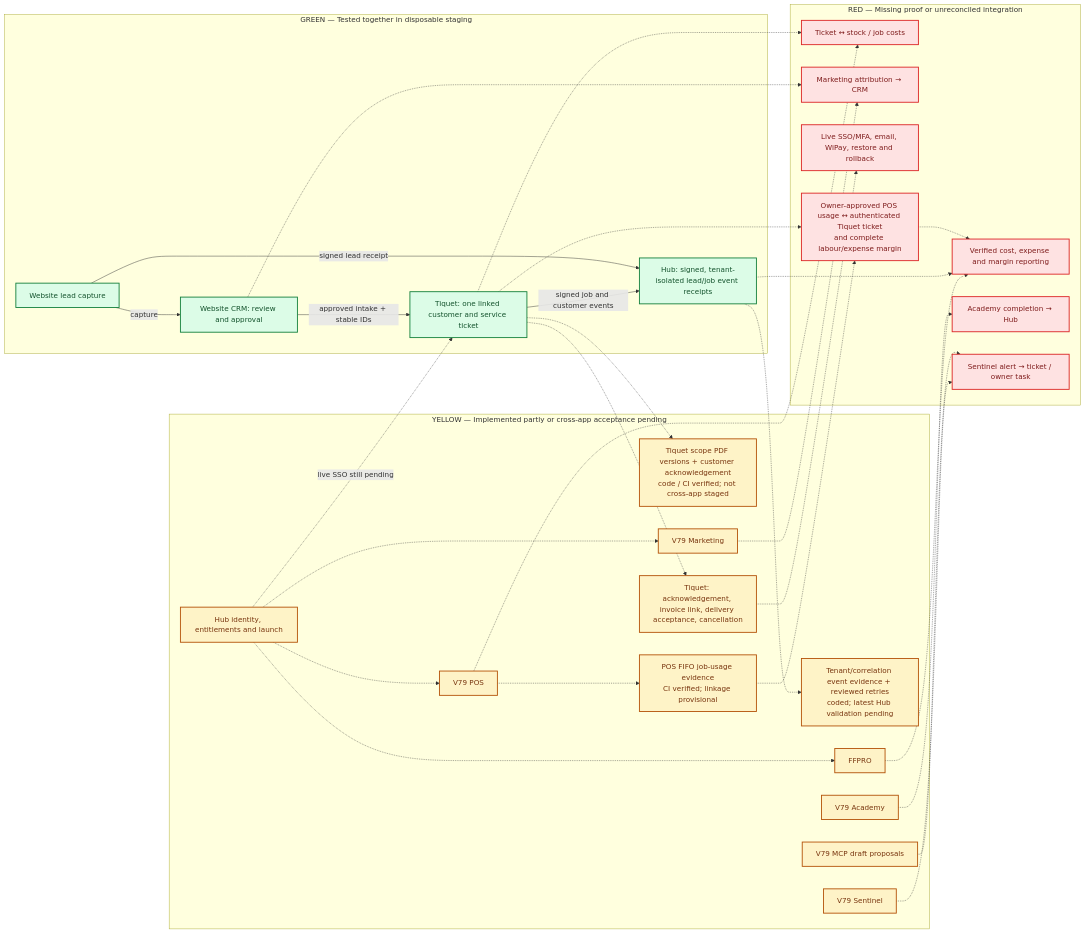
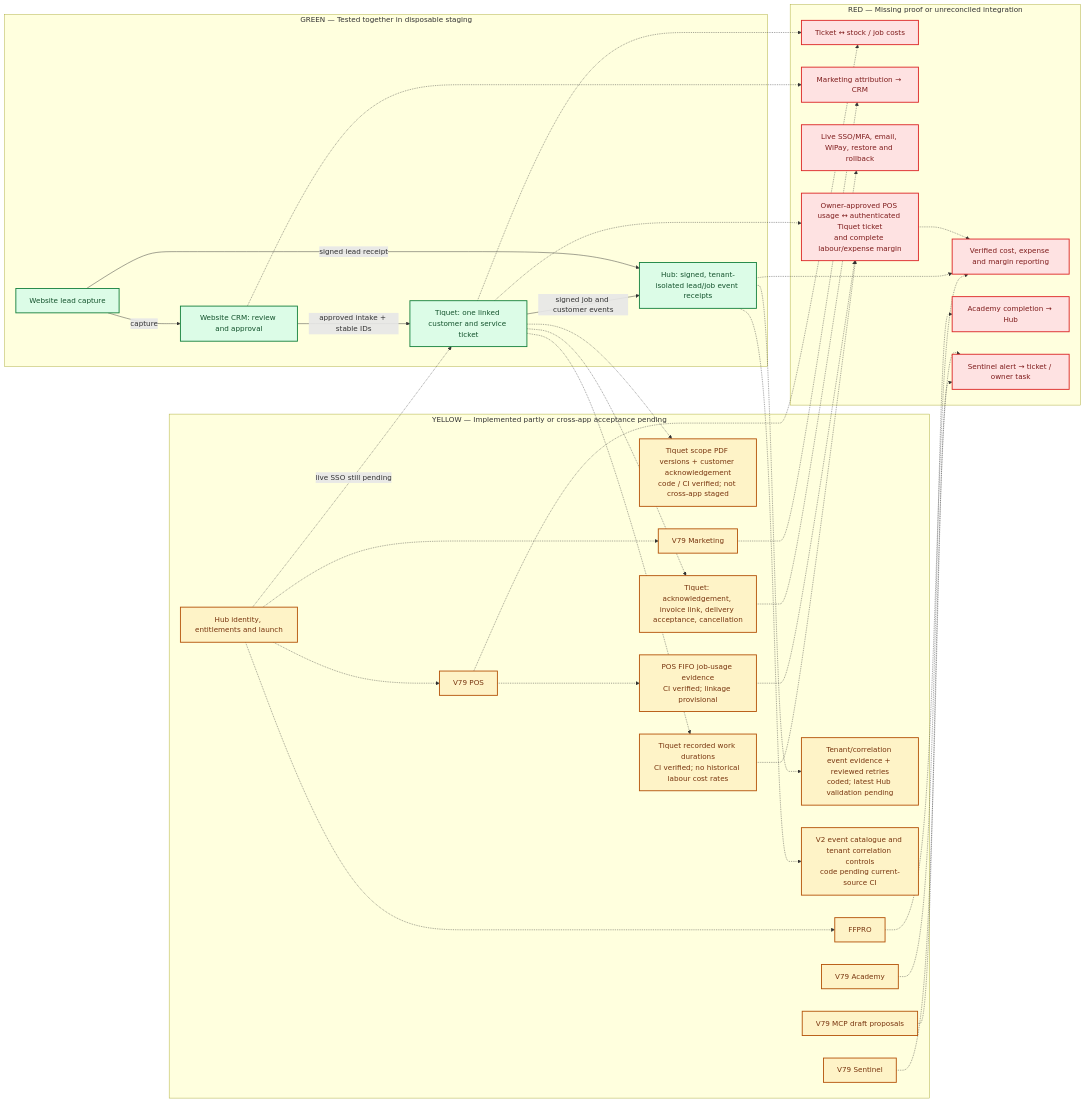
One commit to MrFixITslu/V79hub changed the diagram in docs/ECOSYSTEM_V2_ARCHITECTURE_STATUS.mmd. Above: the diagram before and after it, drawn with Mermaid.

Commit message:
docs: update evidence-coloured architecture with audited time and event contract states

```diff
--- a/docs/ECOSYSTEM_V2_ARCHITECTURE_STATUS.mmd
+++ b/docs/ECOSYSTEM_V2_ARCHITECTURE_STATUS.mmd
@@ -1,69 +1,74 @@
 flowchart LR
   %% V79 architecture evidence snapshot: 11 November 2026.
   %% GREEN means integration code proven in disposable CI. NOT live production.
   %% AMBER means app code / draft exists but its V2 release is unverified.
   %% RED means cross-app capability or release acceptance is outstanding.
   classDef green fill:#dcfce7,stroke:#15803d,color:#14532d,stroke-width:2px
   classDef amber fill:#fef3c7,stroke:#b45309,color:#78350f,stroke-width:2px
   classDef red fill:#fee2e2,stroke:#dc2626,color:#7f1d1d,stroke-width:2px
 
   subgraph VERIFIED["GREEN — Tested together in disposable staging"]
     WEB["Website lead capture"]
     CRM["Website CRM: review and approval"]
     TJ["Tiquet: one linked customer and service ticket"]
     HE["Hub: signed, tenant-isolated lead/job event receipts"]
     WEB -->|capture| CRM
     CRM -->|approved intake + stable IDs| TJ
     TJ -->|signed job and customer events| HE
     WEB -->|signed lead receipt| HE
   end
   class WEB,CRM,TJ,HE green
 
   subgraph PARTIAL["YELLOW — Implemented partly or cross-app acceptance pending"]
     HI["Hub identity, entitlements and launch"]
     TP["Tiquet: acknowledgement, invoice link, delivery acceptance, cancellation"]
     SCOPE["Tiquet scope PDF versions + customer acknowledgement<br/>code / CI verified; not cross-app staged"]
     EVIDENCE["Tenant/correlation event evidence + reviewed retries<br/>coded; latest Hub validation pending"]
     COSTREAD["POS FIFO job-usage evidence<br/>CI verified; linkage provisional"]
+    TIME["Tiquet recorded work durations<br/>CI verified; no historical labour cost rates"]
+    CONTRACT["V2 event catalogue and tenant correlation controls<br/>code pending current-source CI"]
 
     MK["V79 Marketing"]
     POS["V79 POS"]
     FF["FFPRO"]
     AC["V79 Academy"]
     SN["V79 Sentinel"]
     MCP["V79 MCP draft proposals"]
   end
-  class HI,TP,SCOPE,EVIDENCE,COSTREAD,MK,POS,FF,AC,SN,MCP amber
+  class HI,TP,SCOPE,EVIDENCE,COSTREAD,TIME,CONTRACT,MK,POS,FF,AC,SN,MCP amber
 
   subgraph OUT["RED — Missing proof or unreconciled integration"]
     STOCK["Ticket ↔ stock / job costs"]
     PROFIT["Verified cost, expense and margin reporting"]
     ATTR["Marketing attribution → CRM"]
     LEARN["Academy completion → Hub"]
     ALERT["Sentinel alert → ticket / owner task"]
     RELEASE["Live SSO/MFA, email, WiPay, restore and rollback"]
     LINKEDCOST["Owner-approved POS usage ↔ authenticated Tiquet ticket<br/>and complete labour/expense margin"]
   end
   class STOCK,PROFIT,ATTR,LEARN,ALERT,RELEASE,LINKEDCOST red
 
   HI -.->|live SSO still pending| TJ
   HI -.-> MK
   HI -.-> POS
   HI -.-> FF
   TJ -.-> TP
   TJ -.-> STOCK
   POS -.-> STOCK
   FF -.-> PROFIT
   HE -.-> PROFIT
   MK -.-> ATTR
   CRM -.-> ATTR
   AC -.-> LEARN
   SN -.-> ALERT
   MCP -.-> ALERT
   TJ -.-> SCOPE
   HE -.-> EVIDENCE
   POS -.-> COSTREAD
+  TJ -.-> TIME
+  HE -.-> CONTRACT
+  TIME -.-> LINKEDCOST
   COSTREAD -.-> LINKEDCOST
   TJ -.-> LINKEDCOST
   LINKEDCOST -.-> PROFIT
   TP -.-> RELEASE
```
